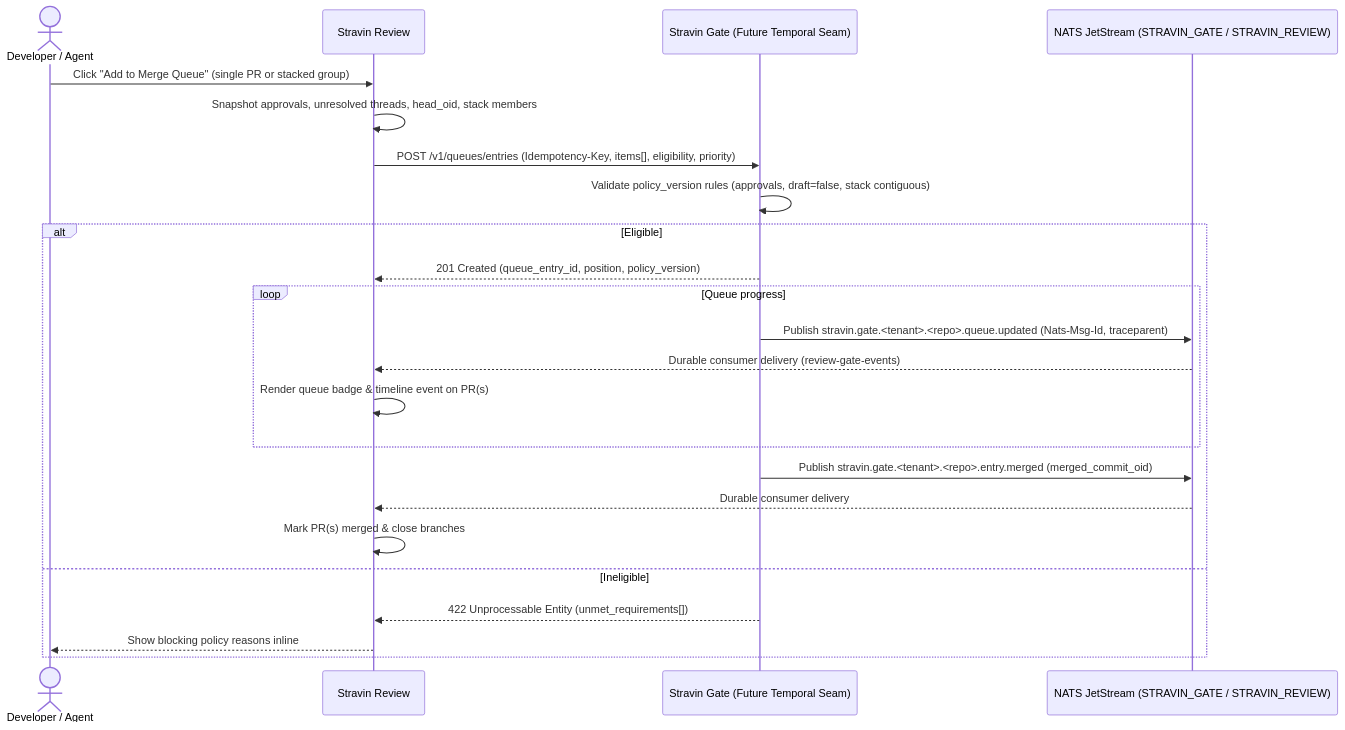
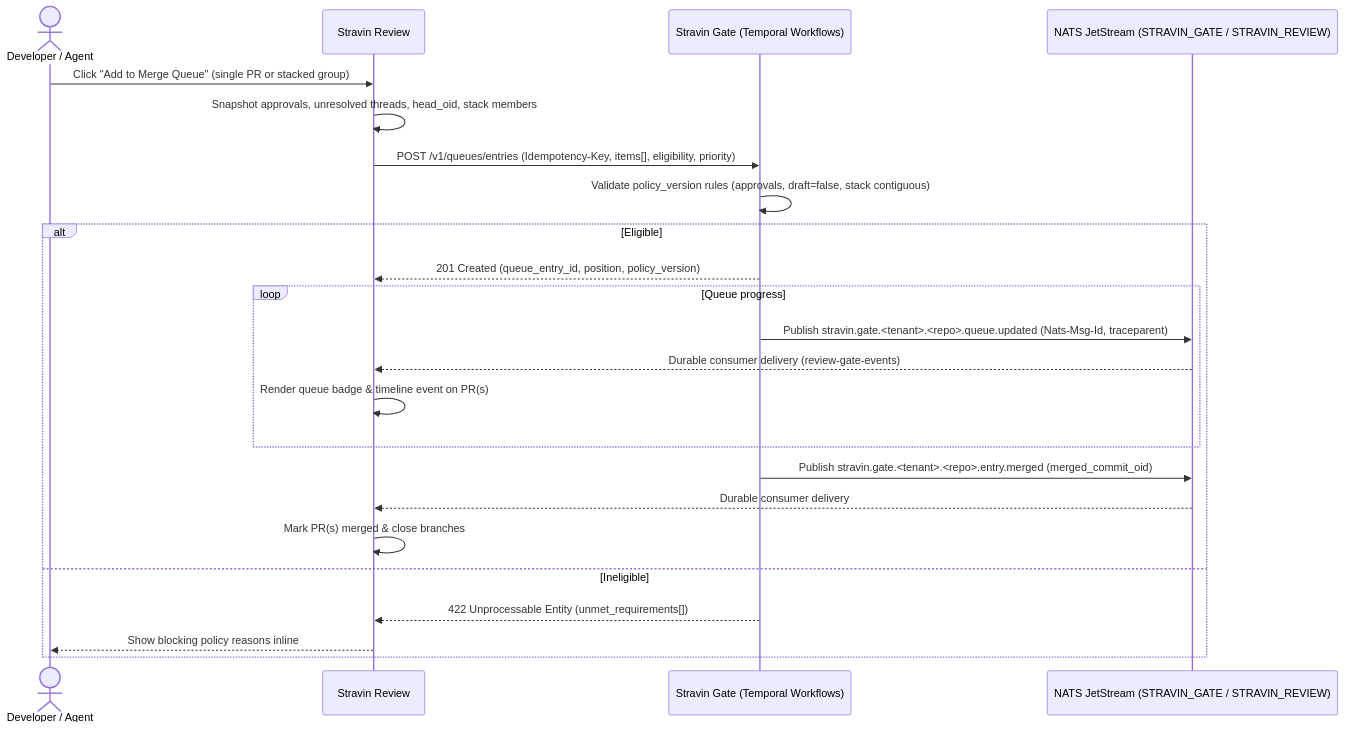
One commit to stravin-dev/architecture changed the diagram in docs/interfaces/review-gate.md. Above: the diagram before and after it, drawn with Mermaid. The commit also changed other lines of this file and 9 other files, not shown here.

````diff
--- a/docs/interfaces/review-gate.md
+++ b/docs/interfaces/review-gate.md
@@ -17,26 +17,26 @@
 ```mermaid
 sequenceDiagram
     actor Dev as Developer / Agent
     participant Review as Stravin Review
-    participant Gate as Stravin Gate (Future Temporal Seam)
+    participant Gate as Stravin Gate (Temporal Workflows)
     participant NATS as NATS JetStream (STRAVIN_GATE / STRAVIN_REVIEW)
 
     Dev->>Review: Click "Add to Merge Queue" (single PR or stacked group)
     Review->>Review: Snapshot approvals, unresolved threads, head_oid, stack members
     Review->>Gate: POST /v1/queues/entries (Idempotency-Key, items[], eligibility, priority)
     Gate->>Gate: Validate policy_version rules (approvals, draft=false, stack contiguous)
     alt Eligible
         Gate-->>Review: 201 Created (queue_entry_id, position, policy_version)
         loop Queue progress
             Gate->>NATS: Publish stravin.gate.<tenant>.<repo>.queue.updated (Nats-Msg-Id, traceparent)
             NATS-->>Review: Durable consumer delivery (review-gate-events)
             Review->>Review: Render queue badge & timeline event on PR(s)
         end
         Gate->>NATS: Publish stravin.gate.<tenant>.<repo>.entry.merged (merged_commit_oid)
         NATS-->>Review: Durable consumer delivery
         Review->>Review: Mark PR(s) merged & close branches
     else Ineligible
         Gate-->>Review: 422 Unprocessable Entity (unmet_requirements[])
         Review-->>Dev: Show blocking policy reasons inline
     end
 ```
````
